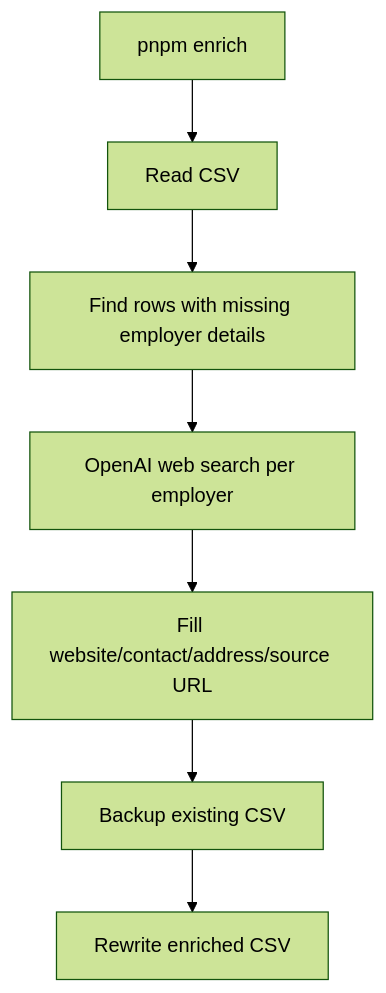
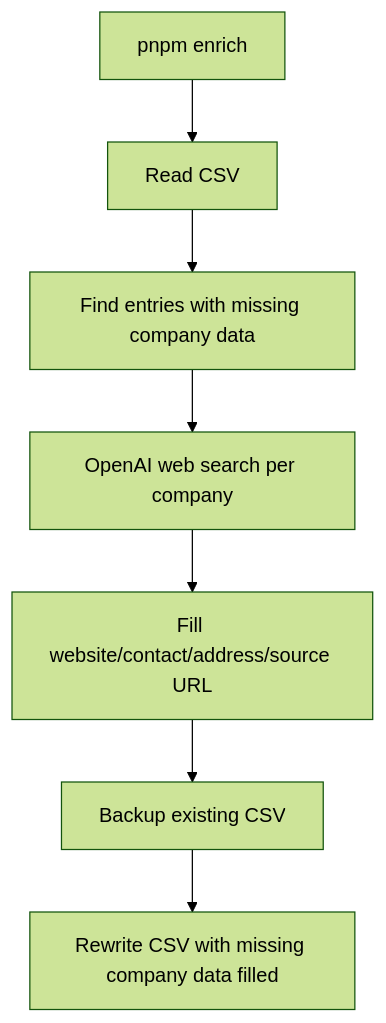
Before and after one commit to idahotallpaul/work-search-reporter: the fifth of 5 diagrams in README.md, drawn with Mermaid (forest theme). The commit also changed other lines of this file and 5 other files, not shown here.

````diff
--- a/README.md
+++ b/README.md
@@ -125,9 +102,9 @@
 ```mermaid
 flowchart TD
   A["pnpm enrich"] --> B["Read CSV"]
-  B --> C["Find rows with missing employer details"]
-  C --> D["OpenAI web search per employer"]
+  B --> C["Find entries with missing company data"]
+  C --> D["OpenAI web search per company"]
   D --> E["Fill website/contact/address/source URL"]
   E --> F["Backup existing CSV"]
-  F --> G["Rewrite enriched CSV"]
+  F --> G["Rewrite CSV with missing company data filled"]
 ```
````
